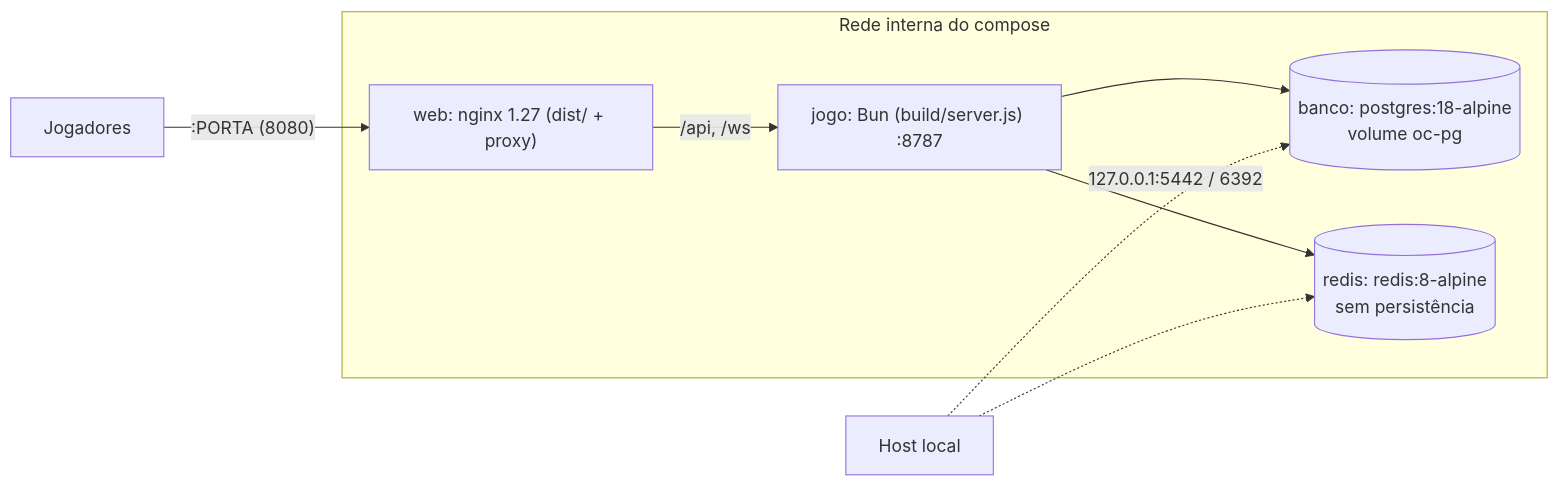
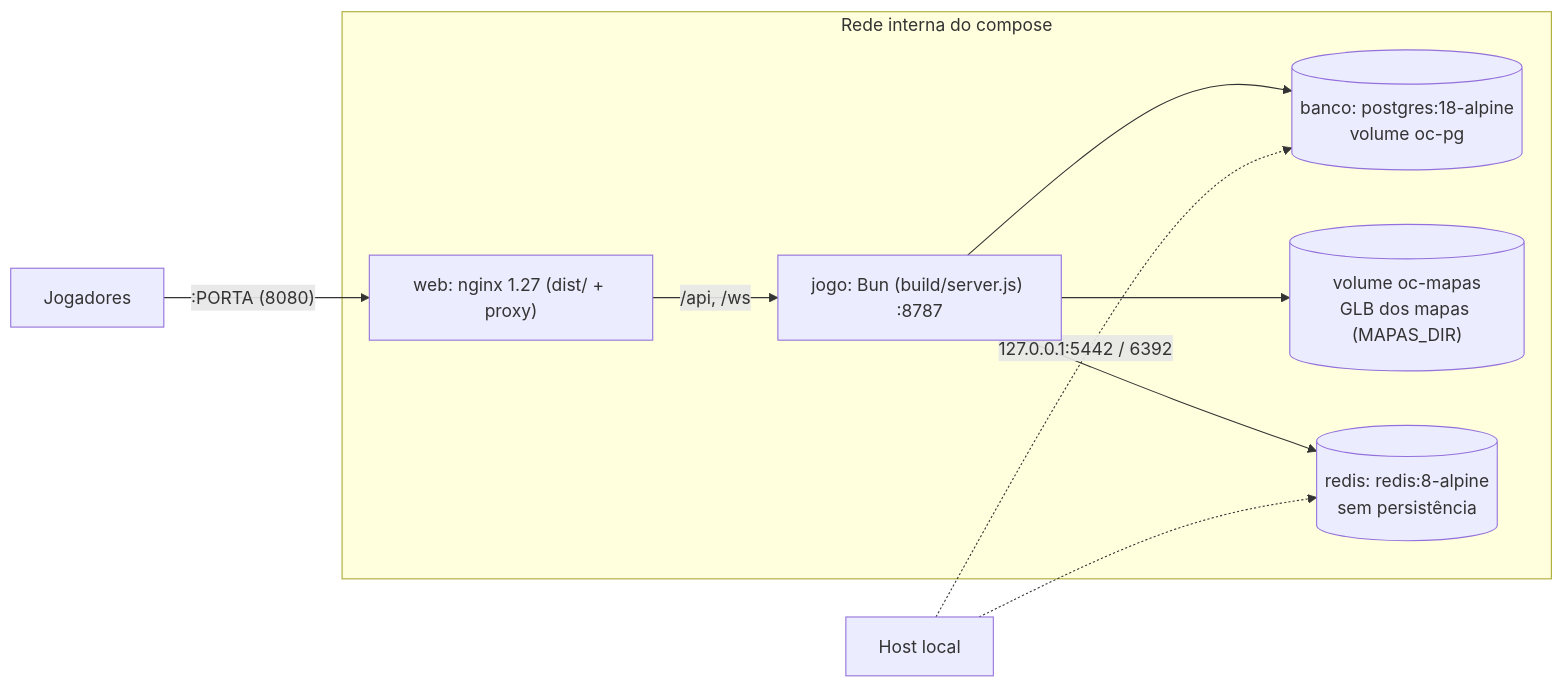
Before and after one commit to JPLabussiereF/offensive-combat-reload: the diagram in Game-Vault/14 - Infrastructure & Deployment/Infrastructure Overview.md, drawn with Mermaid. The commit also changed other lines of this file and 69 other files, not shown here.

````diff
--- a/Game-Vault/14 - Infrastructure & Deployment/Infrastructure Overview.md
+++ b/Game-Vault/14 - Infrastructure & Deployment/Infrastructure Overview.md
@@ -28,11 +28,12 @@
 ```mermaid
 flowchart LR
     P[Jogadores] -->|":PORTA (8080)"| W["web: nginx 1.27 (dist/ + proxy)"]
     subgraph Rede interna do compose
       W -->|/api, /ws| J["jogo: Bun (build/server.js) :8787"]
       J --> B[("banco: postgres:18-alpine<br/>volume oc-pg")]
+      J --> M[("volume oc-mapas<br/>GLB dos mapas (MAPAS_DIR)")]
       J --> R[("redis: redis:8-alpine<br/>sem persistência")]
     end
     Dev[Host local] -. "127.0.0.1:5442 / 6392" .-> B
     Dev -.-> R
 ```
````
